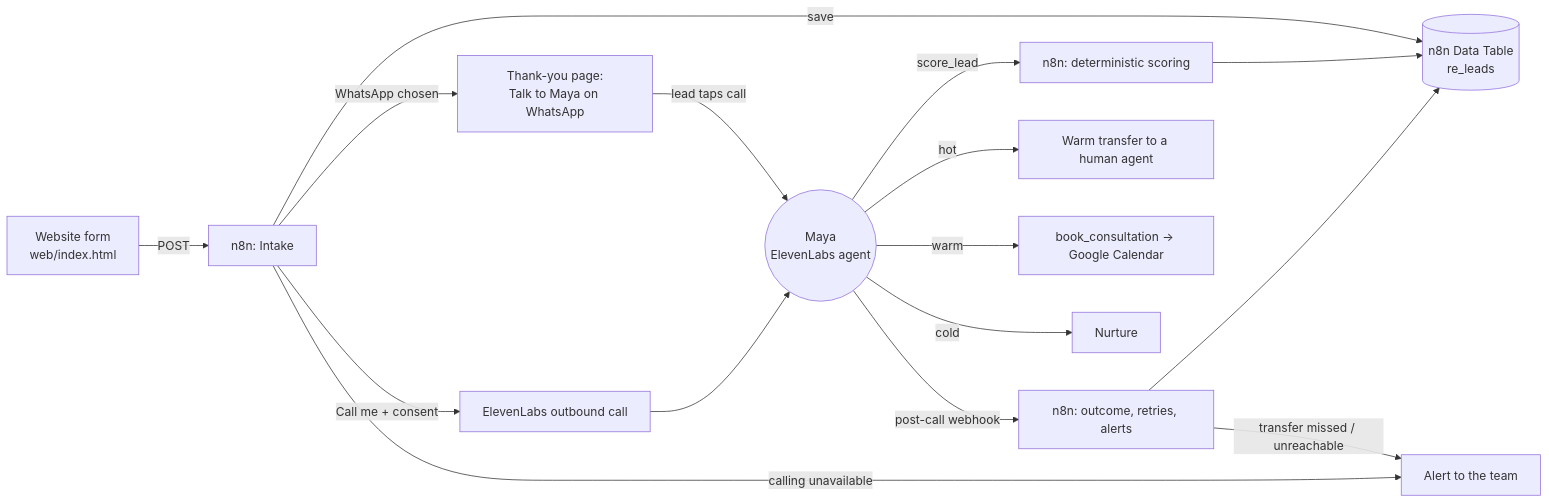
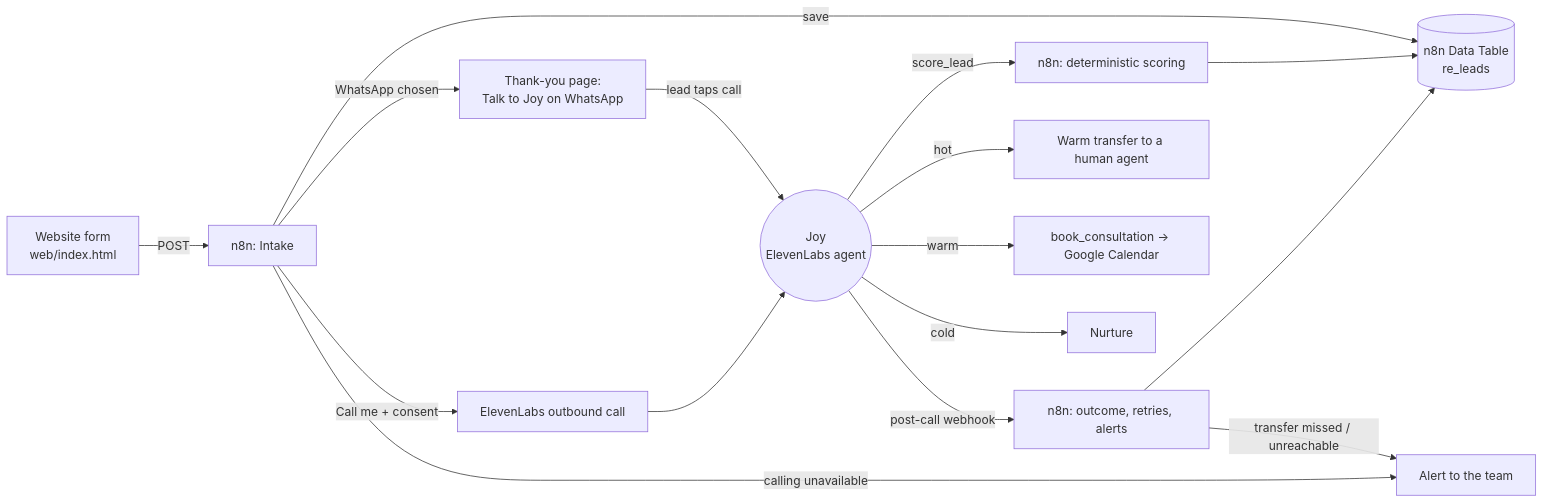
Before and after one commit to nwanduben/oriki-speed-to-lead: the diagram in README.md, drawn with Mermaid. The commit also changed other lines of this file and 6 other files, not shown here.

````diff
--- a/README.md
+++ b/README.md
@@ -17,18 +17,18 @@
 ```mermaid
 flowchart LR
   F[Website form<br/>web/index.html] -->|POST| I[n8n: Intake]
   I -->|save| T[(n8n Data Table<br/>re_leads)]
-  I -->|WhatsApp chosen| W[Thank-you page:<br/>Talk to Maya on WhatsApp]
+  I -->|WhatsApp chosen| W[Thank-you page:<br/>Talk to Joy on WhatsApp]
   I -->|Call me + consent| C[ElevenLabs outbound call]
   I -->|calling unavailable| A[Alert to the team]
-  W -->|lead taps call| M((Maya<br/>ElevenLabs agent))
+  W -->|lead taps call| M((Joy<br/>ElevenLabs agent))
   C --> M
   M -->|score_lead| S[n8n: deterministic scoring]
   S --> T
   M -->|hot| H[Warm transfer to a human agent]
   M -->|warm| B[book_consultation → Google Calendar]
   M -->|cold| N[Nurture]
   M -->|post-call webhook| P[n8n: outcome, retries, alerts]
   P --> T
   P -->|transfer missed / unreachable| A
 ```
````
